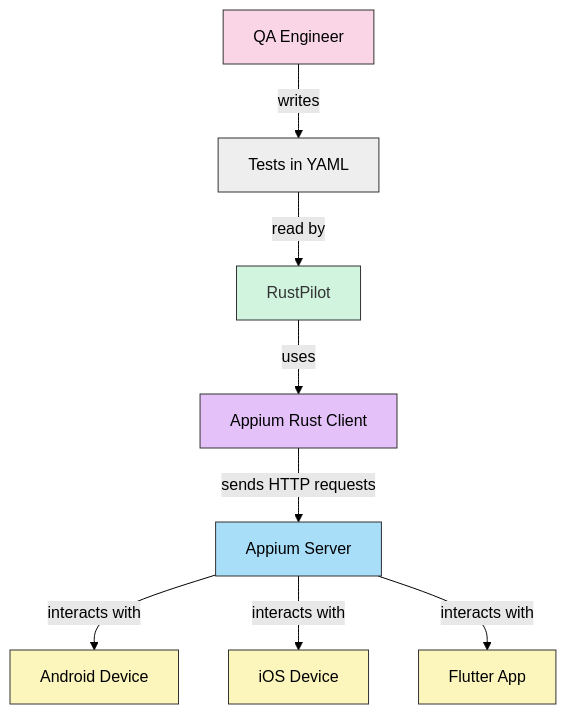
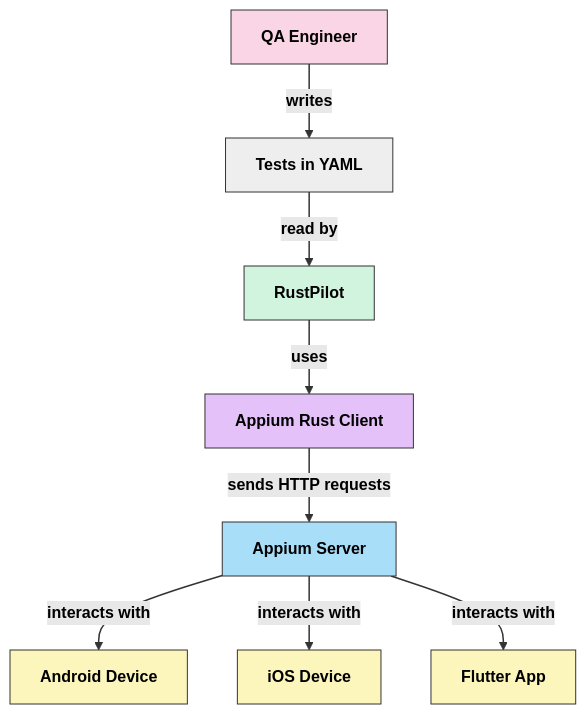
The diagram in README.md (diegoQuinas/rust_pilot), drawn with Mermaid (forest theme) before and after one commit.

Commit message:
develop(feat): fixed mermaid text

````diff
--- a/README.md
+++ b/README.md
@@ -28,28 +28,32 @@
 ```mermaid
 flowchart TD
     %% Class definitions for styling
-    classDef engineer fill:#f9d5e5,stroke:#333,stroke-width:1px
-    classDef yaml fill:#eeeeee,stroke:#333,stroke-width:1px
-    classDef rustpilot fill:#d0f4de,stroke:#333,stroke-width:1px,color:#333
-    classDef client fill:#e4c1f9,stroke:#333,stroke-width:1px
-    classDef server fill:#a9def9,stroke:#333,stroke-width:1px
-    classDef device fill:#fcf6bd,stroke:#333,stroke-width:1px
+    classDef engineer fill:#f9d5e5,stroke:#333,stroke-width:1px,color:black,font-weight:bold
+    classDef yaml fill:#eeeeee,stroke:#333,stroke-width:1px,color:black,font-weight:bold
+    classDef rustpilot fill:#d0f4de,stroke:#333,stroke-width:1px,color:black,font-weight:bold
+    classDef client fill:#e4c1f9,stroke:#333,stroke-width:1px,color:black,font-weight:bold
+    classDef server fill:#a9def9,stroke:#333,stroke-width:1px,color:black,font-weight:bold
+    classDef device fill:#fcf6bd,stroke:#333,stroke-width:1px,color:black,font-weight:bold
+    classDef edgeLabel color:black,font-weight:bold
     
-    QA[QA Engineer] -->|writes| YAML[Tests in YAML]
-    YAML -->|read by| RP[RustPilot]
-    RP -->|uses| ARC[Appium Rust Client]
-    ARC -->|sends HTTP requests| AS[Appium Server]
-    AS -->|interacts with| Android[Android Device]
-    AS -->|interacts with| iOS[iOS Device]
-    AS -->|interacts with| Flutter[Flutter App]
+    QA["<b>QA Engineer</b>"] -->|"<b>writes</b>"| YAML["<b>Tests in YAML</b>"]
+    YAML -->|"<b>read by</b>"| RP["<b>RustPilot</b>"]
+    RP -->|"<b>uses</b>"| ARC["<b>Appium Rust Client</b>"]
+    ARC -->|"<b>sends HTTP requests</b>"| AS["<b>Appium Server</b>"]
+    AS -->|"<b>interacts with</b>"| Android["<b>Android Device</b>"]
+    AS -->|"<b>interacts with</b>"| iOS["<b>iOS Device</b>"]
+    AS -->|"<b>interacts with</b>"| Flutter["<b>Flutter App</b>"]
     
     %% Apply classes to nodes
     QA:::engineer
     YAML:::yaml
     RP:::rustpilot
     ARC:::client
     AS:::server
     Android:::device
     iOS:::device
     Flutter:::device
+    
+    %% Apply style to all edge labels
+    linkStyle 0,1,2,3,4,5,6 stroke-width:1.5px,fill:none,stroke:#333
 ```
````
